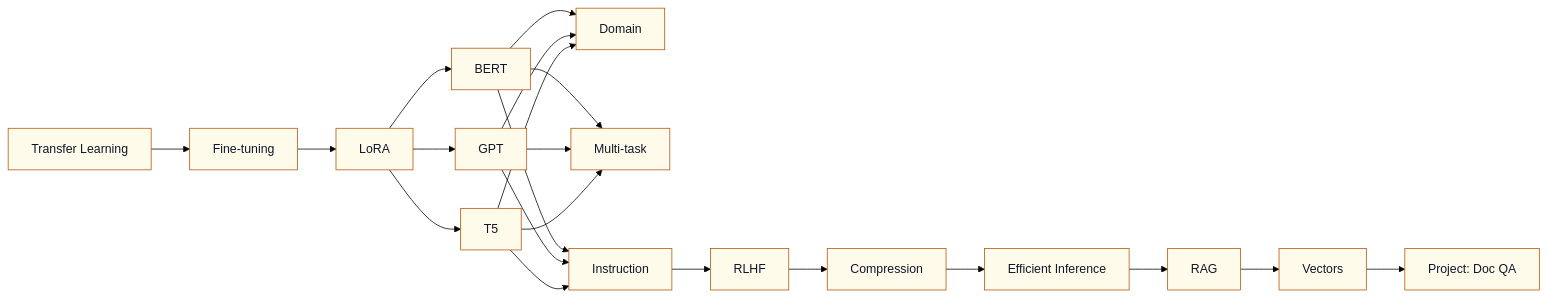
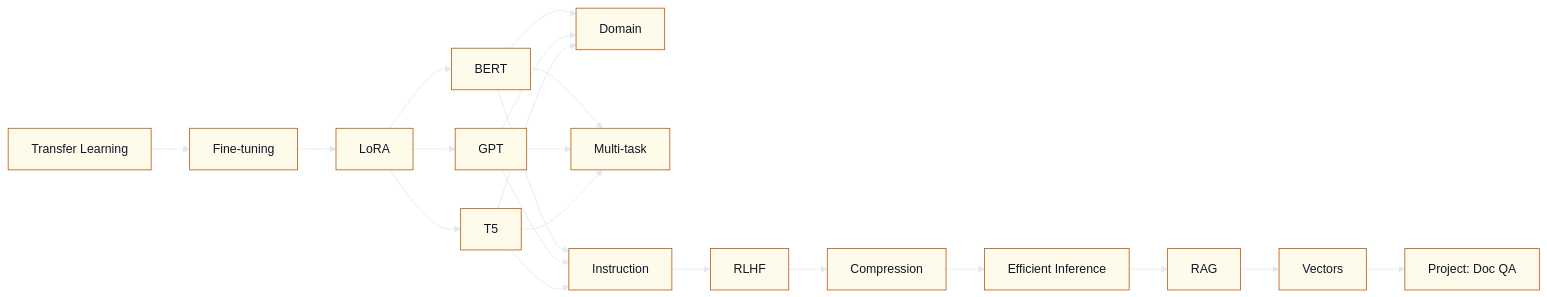
One commit to nexageapps/LLM changed the fifth of 7 diagrams in README.md. Above: the diagram before and after it, drawn with Mermaid. The commit also changed other lines of this file, not shown here.

````diff
--- a/README.md
+++ b/README.md
@@ -217,11 +217,11 @@
 ```mermaid
-%%{init: {'theme':'base', 'themeVariables': {'primaryTextColor':'#0f172a', 'primaryColor':'#fef3c7', 'primaryBorderColor':'#d97706', 'secondaryColor':'#dcfce7', 'tertiaryColor':'#dbeafe', 'background':'#ffffff', 'mainBkg':'#fffbeb', 'textColor':'#1e293b', 'nodeBorder':'#b45309', 'edgeColor':'#475569'}}}%%
+%%{init: {'theme':'base', 'themeVariables': {'primaryTextColor':'#0f172a', 'primaryColor':'#fef3c7', 'primaryBorderColor':'#d97706', 'secondaryColor':'#dcfce7', 'tertiaryColor':'#dbeafe', 'background':'#ffffff', 'mainBkg':'#fffbeb', 'textColor':'#1e293b', 'nodeBorder':'#b45309', 'edgeColor':'#e2e8f0', 'lineColor':'#e2e8f0', 'arrowheadColor':'#e2e8f0'}}}%%
 flowchart LR
     L16[Transfer Learning] --> L17[Fine-tuning]
     L17 --> L18[LoRA]
     L18 --> L19[BERT] & L20[GPT] & L21[T5]
     L19 & L20 & L21 --> L22[Domain] & L23[Multi-task] & L24[Instruction]
     L24 --> L25[RLHF]
     L25 --> L26[Compression] --> L27[Efficient Inference]
     L27 --> L28[RAG] --> L29[Vectors] --> L30[Project: Doc QA]
 ```
````
